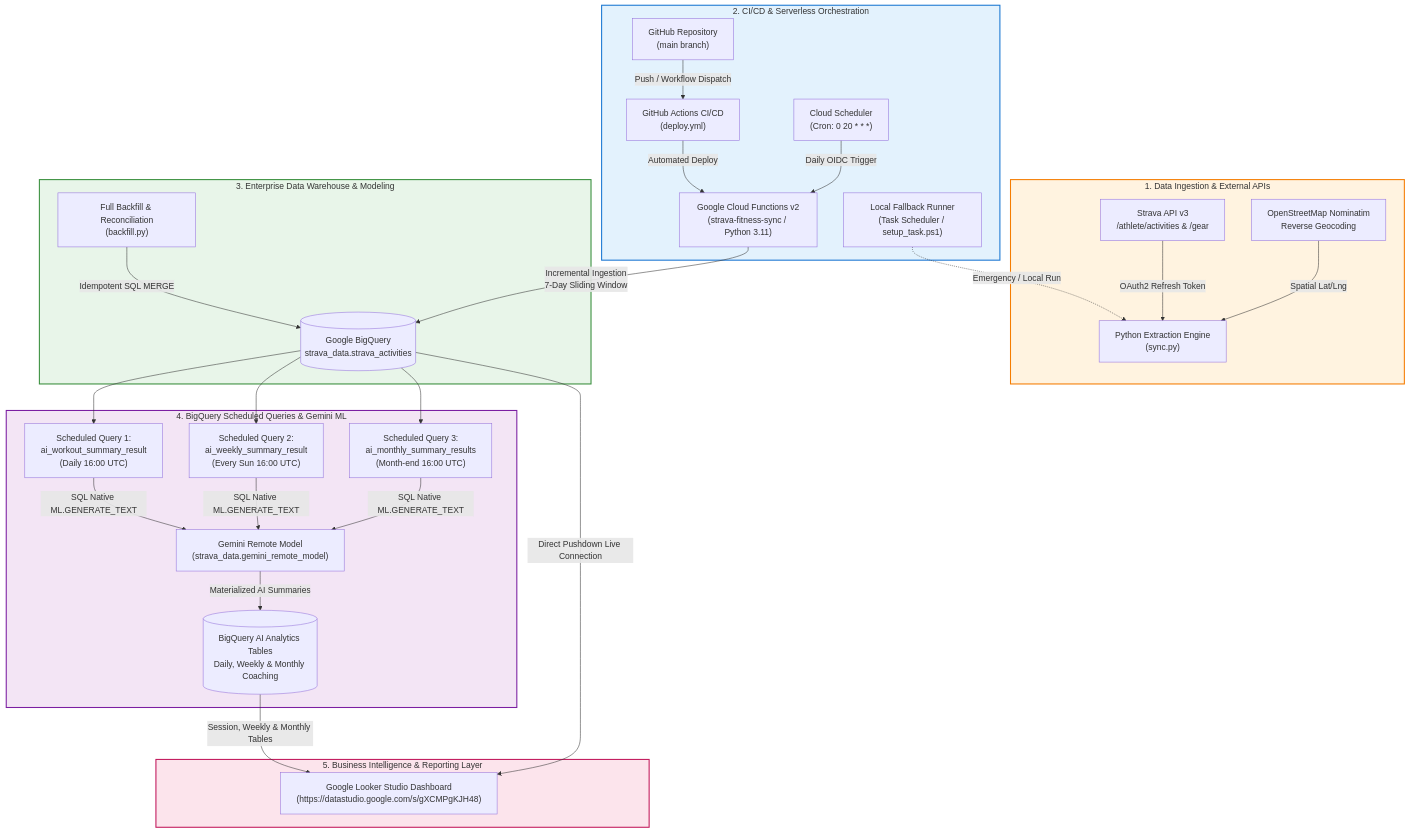
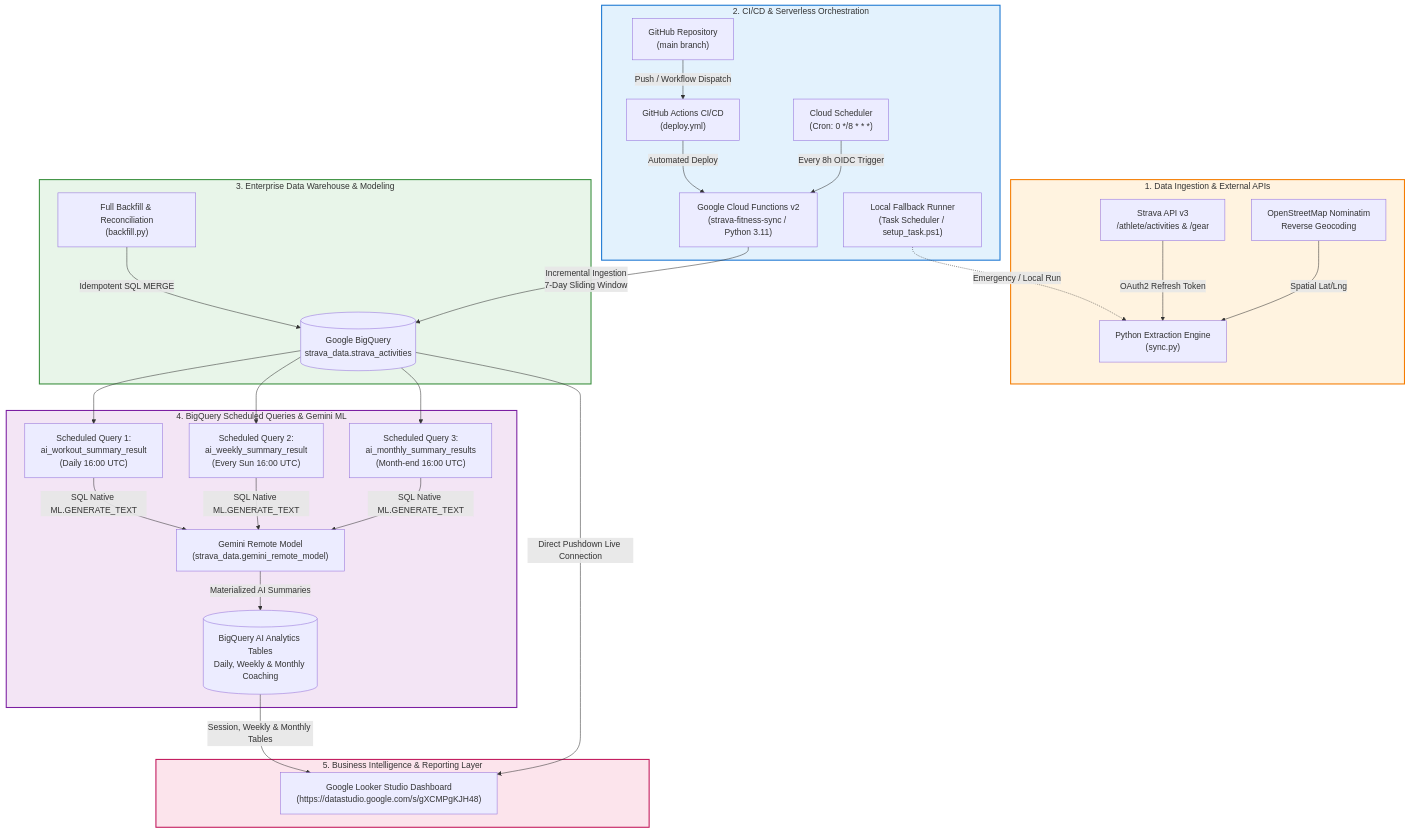
One commit to notoriousclay/strava-fitness-analytics changed the diagram in README.md. Above: the diagram before and after it, drawn with Mermaid. The commit also changed other lines of this file and 2 other files, not shown here.

Commit message:
chore: update scheduled sync cadence to every 8 hours across workflows and docs

````diff
--- a/README.md
+++ b/README.md
@@ -28,39 +28,39 @@
 ```mermaid
 flowchart TD
     subgraph SOURCELAYER ["1. Data Ingestion & External APIs"]
         A["Strava API v3<br/>/athlete/activities & /gear"] -->|OAuth2 Refresh Token| B["Python Extraction Engine<br/>(sync.py)"]
         OSM["OpenStreetMap Nominatim<br/>Reverse Geocoding"] -->|Spatial Lat/Lng| B
     end
 
     subgraph ORCHESTRATION ["2. CI/CD & Serverless Orchestration"]
         GH["GitHub Repository<br/>(main branch)"] -->|Push / Workflow Dispatch| GHA["GitHub Actions CI/CD<br/>(deploy.yml)"]
         GHA -->|Automated Deploy| GCF["Google Cloud Functions v2<br/>(strava-fitness-sync / Python 3.11)"]
-        CS["Cloud Scheduler<br/>(Cron: 0 20 * * *)"] -->|Daily OIDC Trigger| GCF
+        CS["Cloud Scheduler<br/>(Cron: 0 */8 * * *)"] -->|Every 8h OIDC Trigger| GCF
         WTS["Local Fallback Runner<br/>(Task Scheduler / setup_task.ps1)"] -.->|Emergency / Local Run| B
     end
 
     subgraph STORAGE ["3. Enterprise Data Warehouse & Modeling"]
         GCF -->|Incremental Ingestion<br/>7-Day Sliding Window| BQ[("Google BigQuery<br/>strava_data.strava_activities")]
         BF["Full Backfill & Reconciliation<br/>(backfill.py)"] -->|Idempotent SQL MERGE| BQ
     end
 
     subgraph AIENGINE ["4. BigQuery Scheduled Queries & Gemini ML"]
         BQ --> SQ1["Scheduled Query 1:<br/>ai_workout_summary_result<br/>(Daily 16:00 UTC)"]
         BQ --> SQ2["Scheduled Query 2:<br/>ai_weekly_summary_result<br/>(Every Sun 16:00 UTC)"]
         BQ --> SQ3["Scheduled Query 3:<br/>ai_monthly_summary_results<br/>(Month-end 16:00 UTC)"]
 
         SQ1 & SQ2 & SQ3 -->|SQL Native ML.GENERATE_TEXT| GEM["Gemini Remote Model<br/>(strava_data.gemini_remote_model)"]
         GEM -->|Materialized AI Summaries| AISUMMARY[("BigQuery AI Analytics Tables<br/>Daily, Weekly & Monthly Coaching")]
     end
 
     subgraph VIZ ["5. Business Intelligence & Reporting Layer"]
         BQ -->|Direct Pushdown Live Connection| DSTUDIO["Google Looker Studio Dashboard<br/>(https://datastudio.google.com/s/gXCMPgKJH48)"]
         AISUMMARY -->|Session, Weekly & Monthly Tables| DSTUDIO
     end
 
     style SOURCELAYER fill:#fff3e0,stroke:#f57c00,stroke-width:2px;
     style ORCHESTRATION fill:#e3f2fd,stroke:#1976d2,stroke-width:2px;
     style STORAGE fill:#e8f5e9,stroke:#388e3c,stroke-width:2px;
     style AIENGINE fill:#f3e5f5,stroke:#7b1fa2,stroke-width:2px;
     style VIZ fill:#fce4ec,stroke:#c2185b,stroke-width:2px;
 ```
````
